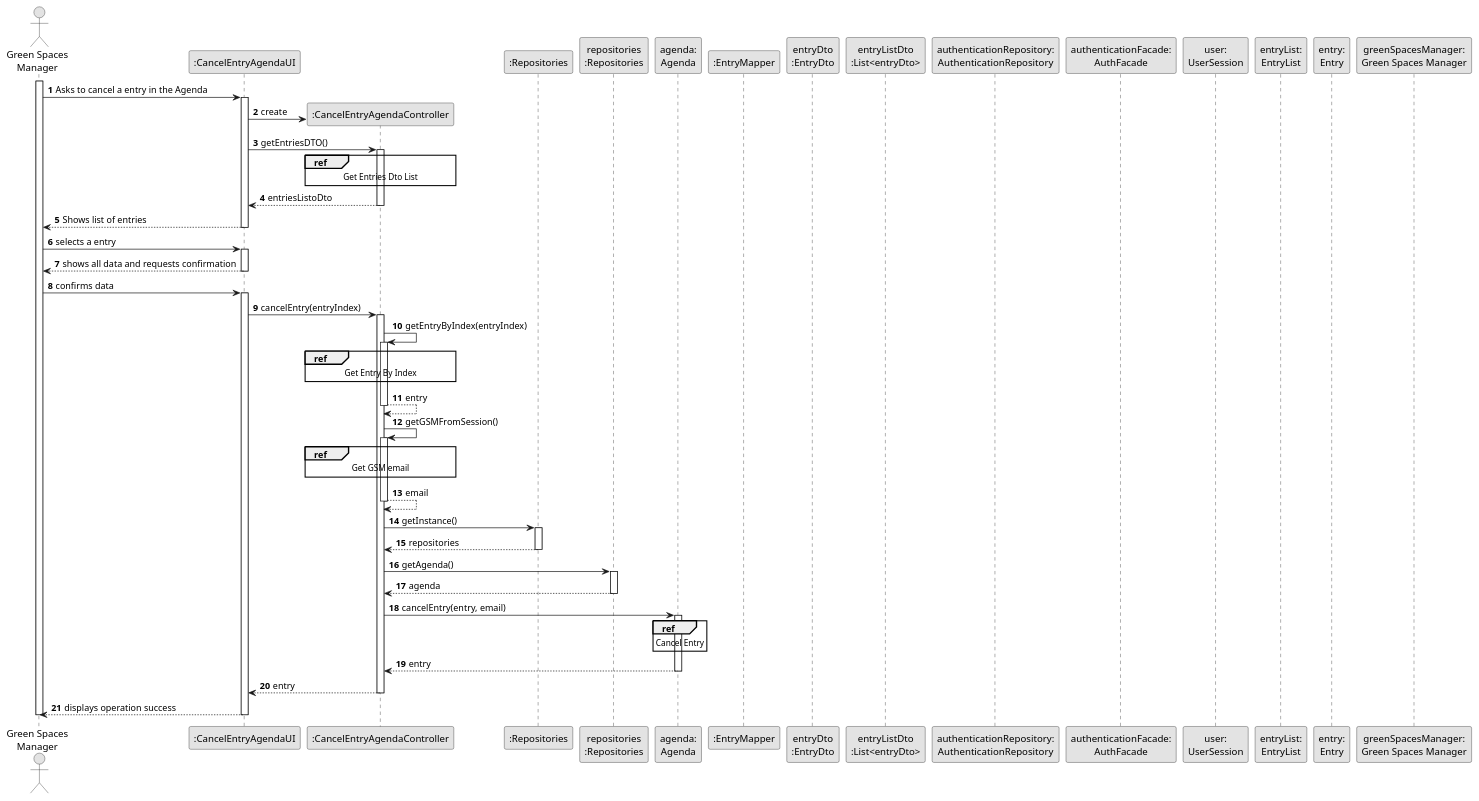
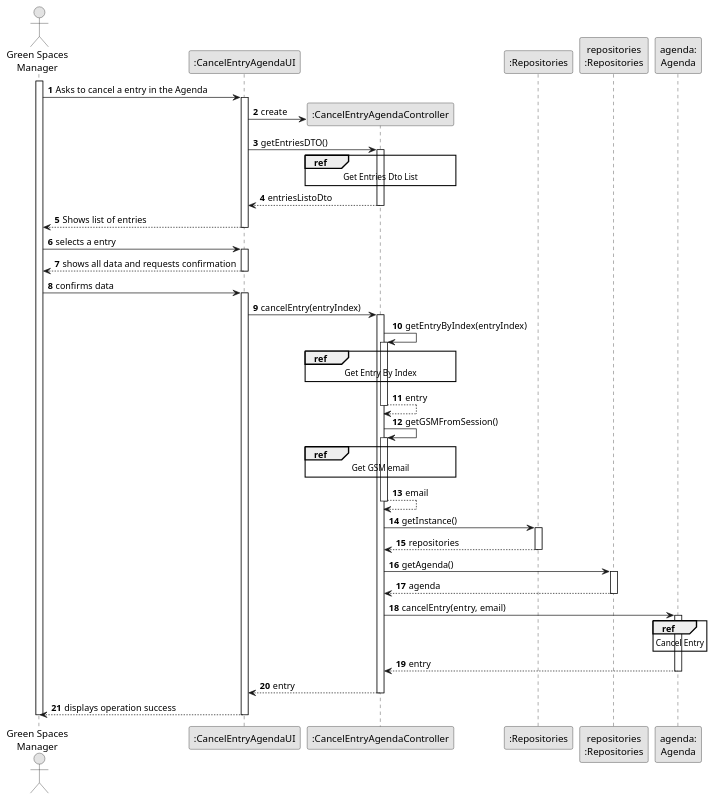
The diagram in docs/sprintA&B&C/us025/03.design/puml/us025-sequence-diagram-split.puml (daniel41silva05/ISEP_2023_2024_LAPR2), drawn with PlantUML before and after one commit. The commit also changed 23 other files, not shown here.

```diff
--- a/docs/sprintA&B&C/us025/03.design/puml/us025-sequence-diagram-split.puml
+++ b/docs/sprintA&B&C/us025/03.design/puml/us025-sequence-diagram-split.puml
@@ -1,107 +1,98 @@
 @startuml
 skinparam monochrome true
 skinparam packageStyle rectangle
 skinparam shadowing false
 
 autonumber
 
 'hide footbox
 actor "Green Spaces\nManager" as GSM
 participant ":CancelEntryAgendaUI" as UI
 participant ":CancelEntryAgendaController" as CTRL
 participant ":Repositories" as REP
 participant "repositories\n:Repositories" as REPS
 participant "agenda:\nAgenda" as AGENDA
-participant ":EntryMapper" as entryMAPPER
-participant "entryDto\n:EntryDto" as entryDTO
-participant "entryListDto\n:List<entryDto>" as entryListDTO
-participant "authenticationRepository:\nAuthenticationRepository" as authentication
-participant "authenticationFacade:\nAuthFacade" as authFacade
-participant "user:\nUserSession" as user
-participant "entryList:\nEntryList" as entryList
-participant "entry:\nEntry" as ENTRY
-participant "greenSpacesManager:\nGreen Spaces Manager" as USER
 
 activate GSM
 
     GSM -> UI : Asks to cancel a entry in the Agenda
     activate UI
 
         UI -> CTRL** : create
 
         UI -> CTRL : getEntriesDTO()
                 activate CTRL
 
                      ref over CTRL
                         Get Entries Dto List
                      end ref
 
                 CTRL --> UI : entriesListoDto
                 deactivate CTRL
 
     UI --> GSM : Shows list of entries
     deactivate UI
 
     GSM -> UI : selects a entry
     activate UI
 
     UI --> GSM : shows all data and requests confirmation
     deactivate UI
 
     GSM -> UI : confirms data
     activate UI
 
         UI -> CTRL: cancelEntry(entryIndex)
         activate CTRL
 
             CTRL -> CTRL: getEntryByIndex(entryIndex)
                         activate CTRL
 
                             ref over CTRL
                                 Get Entry By Index
                             end ref
 
                         CTRL --> CTRL: entry
                         deactivate CTRL
 
                         CTRL -> CTRL: getGSMFromSession()
                         activate CTRL
 
                          ref over CTRL
                             Get GSM email
                          end ref
 
                         CTRL --> CTRL: email
                         deactivate CTRL
 
             CTRL -> REP: getInstance()
             activate REP
 
             REP --> CTRL: repositories
             deactivate REP
 
             CTRL -> REPS: getAgenda()
             activate REPS
 
             REPS --> CTRL: agenda
             deactivate REPS
 
             CTRL -> AGENDA: cancelEntry(entry, email)
             activate AGENDA
 
                 ref over AGENDA
                     Cancel Entry
                 end ref
 
                 AGENDA --> CTRL: entry
                 deactivate AGENDA
 
         CTRL --> UI: entry
         deactivate CTRL
 
     UI --> GSM: displays operation success
     deactivate UI
 
 deactivate GSM
 
 @enduml
```
